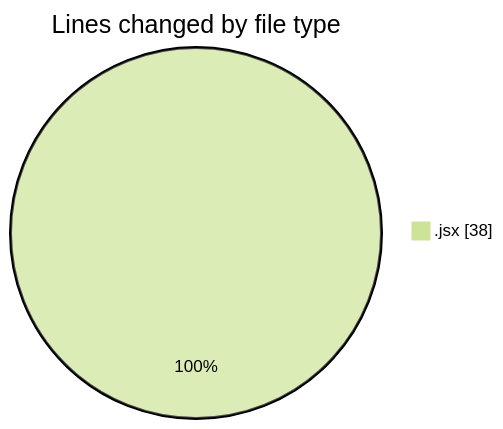
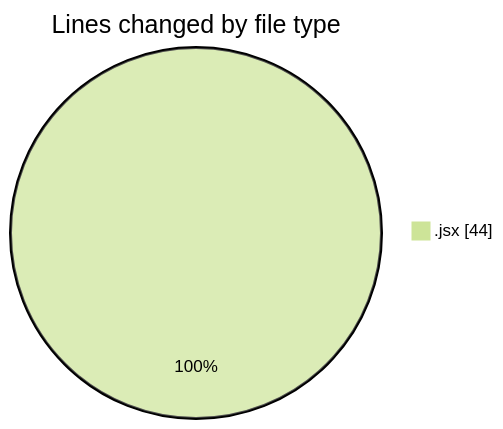
The first of 2 diagrams in 2025-01-27/react/README.md (Elitesun/code-tracking), drawn with Mermaid (forest theme) before and after one commit. The commit also changed other lines of this file and 1 other file, not shown here.

````diff
--- a/2025-01-27/react/README.md
+++ b/2025-01-27/react/README.md
@@ -21,5 +21,5 @@
 ```mermaid
 pie showData
 title Lines changed by file type
-".jsx" : 38
+".jsx" : 44
 ```
````
